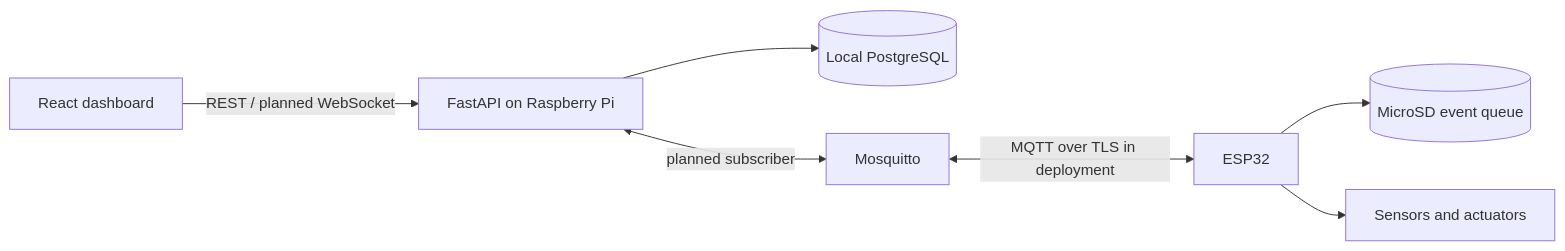
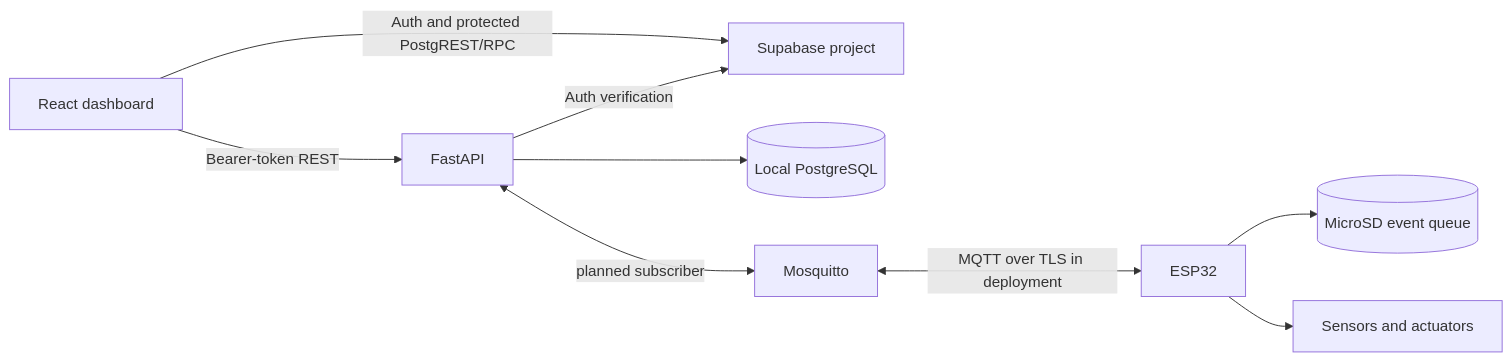
Before and after one commit to SproutSync-Technolgy/SproutSync: the diagram in docs/architecture.md, drawn with Mermaid. The commit also changed other lines of this file and 51 other files, not shown here.

````diff
--- a/docs/architecture.md
+++ b/docs/architecture.md
@@ -5,9 +5,11 @@
 ```mermaid
 flowchart LR
-  Browser[React dashboard] -->|REST / planned WebSocket| Pi[FastAPI on Raspberry Pi]
+  Browser[React dashboard] -->|Bearer-token REST| Pi[FastAPI]
+  Browser -->|Auth and protected PostgREST/RPC| Supabase[Supabase project]
+  Pi -->|Auth verification| Supabase
   Pi --> DB[(Local PostgreSQL)]
   Pi <-->|planned subscriber| Broker[Mosquitto]
   Broker <-->|MQTT over TLS in deployment| ESP[ESP32]
   ESP --> SD[(MicroSD event queue)]
   ESP --> HW[Sensors and actuators]
 ```
````
